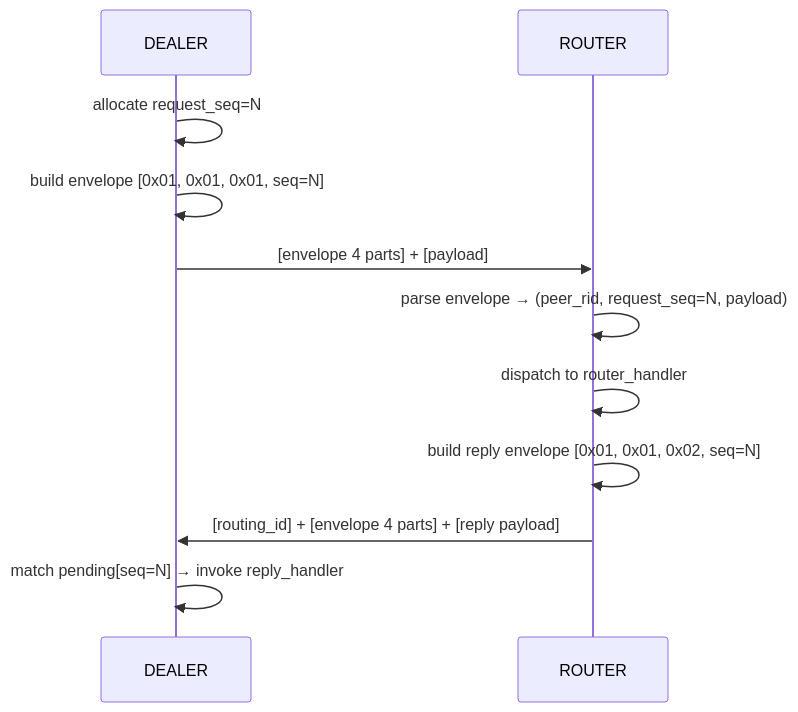
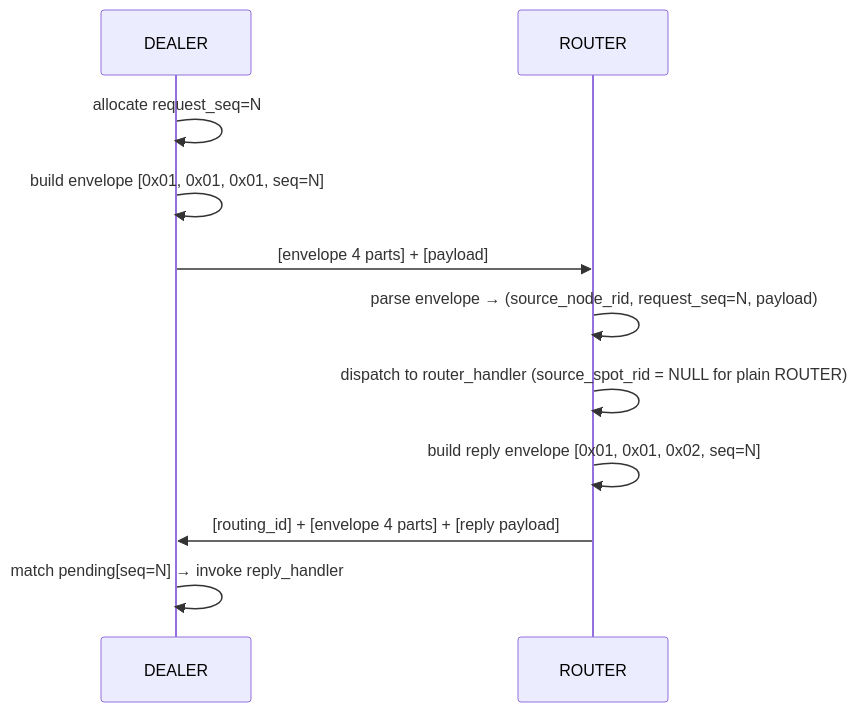
Before and after one commit to kairos-code-dev/zlink: the second of 5 diagrams in doc/internals/protocol-zmp.md, drawn with Mermaid. The commit also changed other lines of this file and 624 other files, not shown here.

````diff
--- a/doc/internals/protocol-zmp.md
+++ b/doc/internals/protocol-zmp.md
@@ -112,14 +112,14 @@
 ```mermaid
 sequenceDiagram
     participant D as DEALER
     participant R as ROUTER
 
     D->>D: allocate request_seq=N
     D->>D: build envelope [0x01, 0x01, 0x01, seq=N]
     D->>R: [envelope 4 parts] + [payload]
-    R->>R: parse envelope → (peer_rid, request_seq=N, payload)
-    R->>R: dispatch to router_handler
+    R->>R: parse envelope → (source_node_rid, request_seq=N, payload)
+    R->>R: dispatch to router_handler (source_spot_rid = NULL for plain ROUTER)
     R->>R: build reply envelope [0x01, 0x01, 0x02, seq=N]
     R->>D: [routing_id] + [envelope 4 parts] + [reply payload]
     D->>D: match pending[seq=N] → invoke reply_handler
 ```
````
